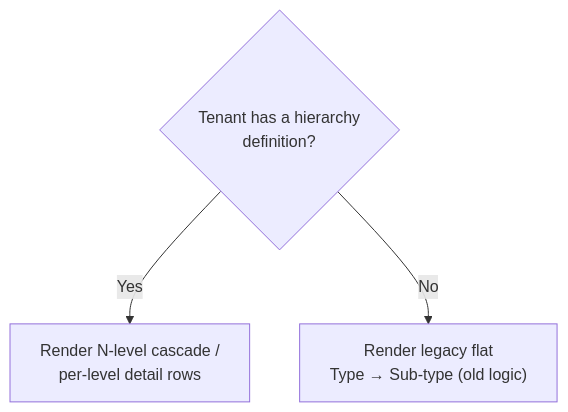
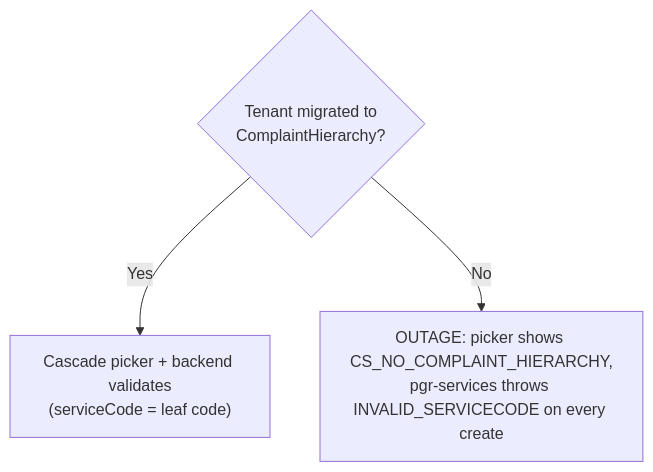
One commit to egovernments/Citizen-Complaint-Resolution-System changed the fourth of 5 diagrams in docs/complaint-hierarchy-feature.md. Above: the diagram before and after it, drawn with Mermaid. The commit also changed other lines of this file and 2 other files, not shown here.

Commit message:
docs: complaint hierarchy feature + design + rework plan

````diff
--- a/docs/complaint-hierarchy-feature.md
+++ b/docs/complaint-hierarchy-feature.md
@@ -106,5 +125,5 @@
 ```mermaid
 flowchart TD
-  Q{Tenant has a hierarchy<br/>definition?} -->|Yes| C["Render N‑level cascade /<br/>per‑level detail rows"]
-  Q -->|No| F["Render legacy flat<br/>Type → Sub‑type (old logic)"]
+  Q{Tenant migrated to<br/>ComplaintHierarchy?} -->|Yes| C["Cascade picker + backend validates<br/>(serviceCode = leaf code)"]
+  Q -->|No| F["OUTAGE: picker shows CS_NO_COMPLAINT_HIERARCHY,<br/>pgr-services throws INVALID_SERVICECODE on every create"]
 ```
````
